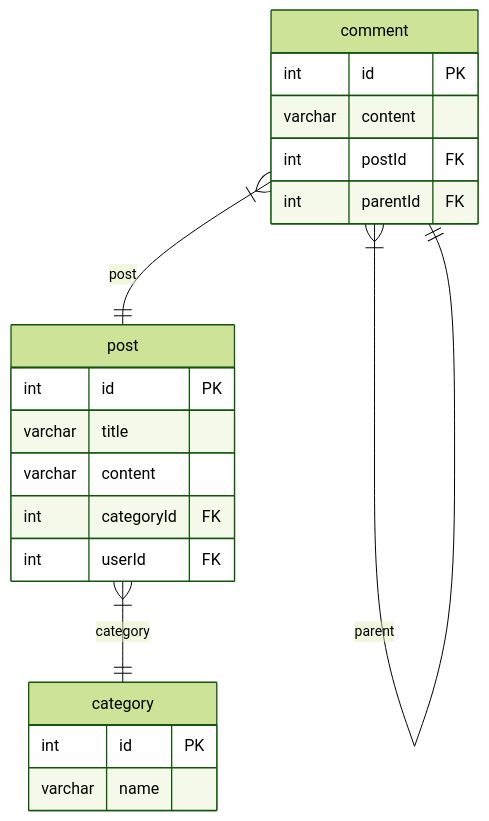
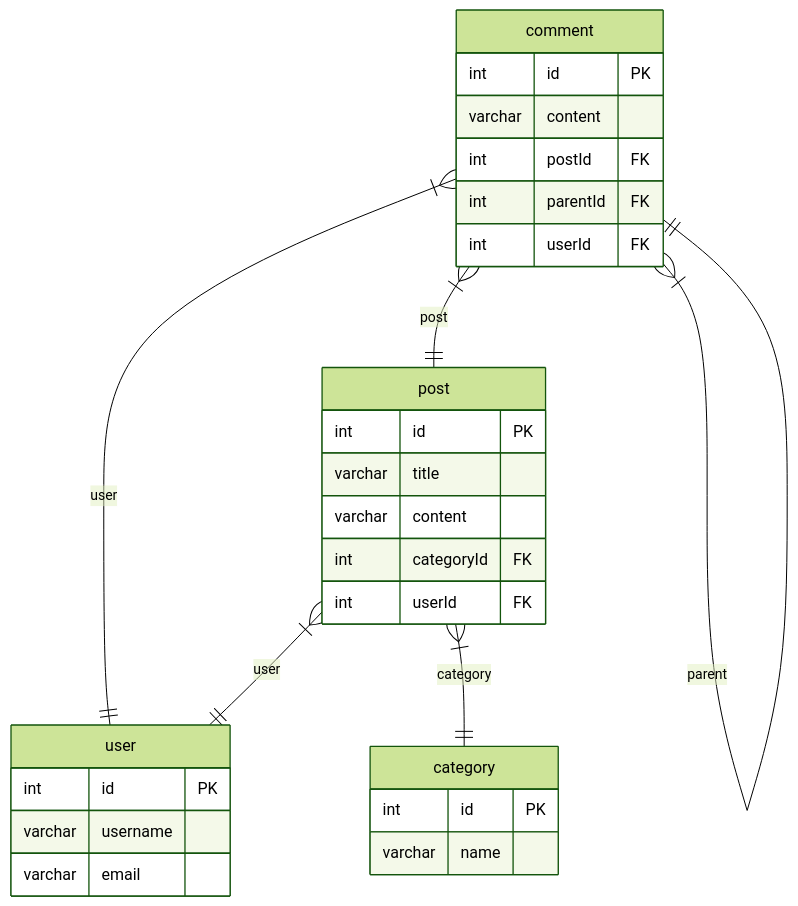
One commit to hermin9804/typeorm-markdown-generator changed the first of 3 diagrams in test/test-nestjs-app/docs/mysql-erd.md. Above: the diagram before and after it, drawn with Mermaid (forest theme). The commit also changed other lines of this file and 13 other files, not shown here.

Commit message:
feat: test erd entity 추가

````diff
--- a/test/test-nestjs-app/docs/mysql-erd.md
+++ b/test/test-nestjs-app/docs/mysql-erd.md
@@ -17,23 +18,31 @@
 ```mermaid
 erDiagram
   comment {
     int id PK
     varchar content
     int postId FK
     int parentId FK
+    int userId FK
   }
   category {
     int id PK
     varchar name
   }
   post {
     int id PK
     varchar title
     varchar content
     int categoryId FK
     int userId FK
   }
+  user {
+    int id PK
+    varchar username
+    varchar email
+  }
   comment }|--|| post: post
   comment }|--|| comment: parent
+  comment }|--|| user: user
+  post }|--|| user: user
   post }|--|| category: category
 ```
````
